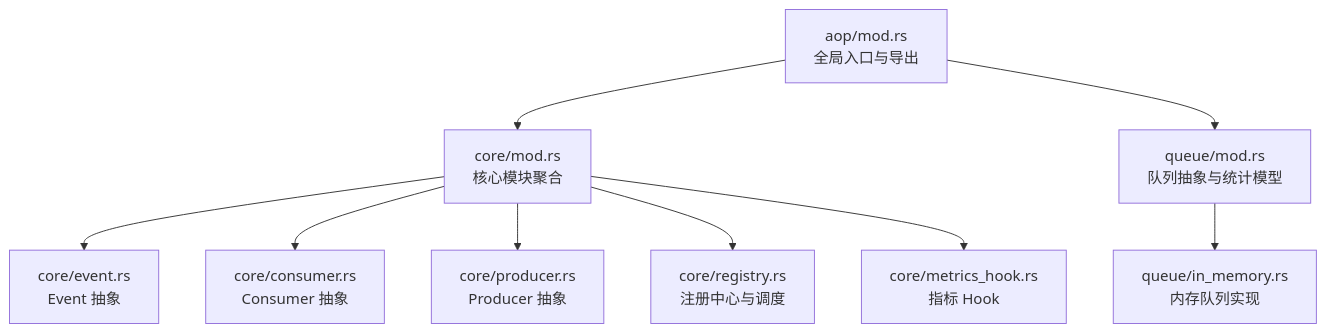
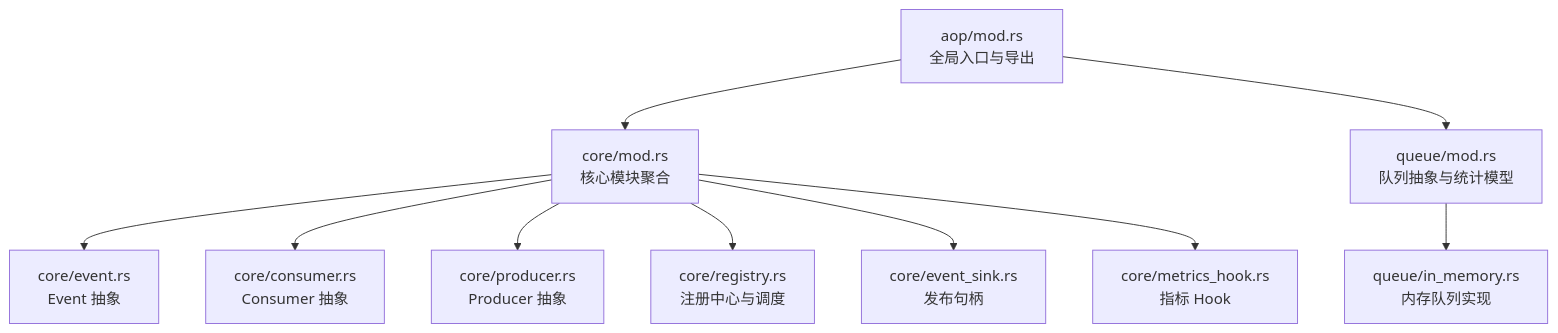
One commit to runningcoders/ai_orz changed the first of 4 diagrams in docs/wiki/zh/content/基础设施/AOP 事件系统/事件队列管理.md. Above: the diagram before and after it, drawn with Mermaid. The commit also changed other lines of this file and 37 other files, not shown here.

````diff
--- a/docs/wiki/zh/content/基础设施/AOP 事件系统/事件队列管理.md
+++ b/docs/wiki/zh/content/基础设施/AOP 事件系统/事件队列管理.md
@@ -39,11 +49,12 @@
 ```mermaid
 graph TB
 A["aop/mod.rs<br/>全局入口与导出"] --> B["core/mod.rs<br/>核心模块聚合"]
 B --> C["core/event.rs<br/>Event 抽象"]
 B --> D["core/consumer.rs<br/>Consumer 抽象"]
 B --> E["core/producer.rs<br/>Producer 抽象"]
 B --> F["core/registry.rs<br/>注册中心与调度"]
-B --> G["core/metrics_hook.rs<br/>指标 Hook"]
-A --> H["queue/mod.rs<br/>队列抽象与统计模型"]
-H --> I["queue/in_memory.rs<br/>内存队列实现"]
+B --> G["core/event_sink.rs<br/>发布句柄"]
+B --> H["core/metrics_hook.rs<br/>指标 Hook"]
+A --> I["queue/mod.rs<br/>队列抽象与统计模型"]
+I --> J["queue/in_memory.rs<br/>内存队列实现"]
 ```
````
